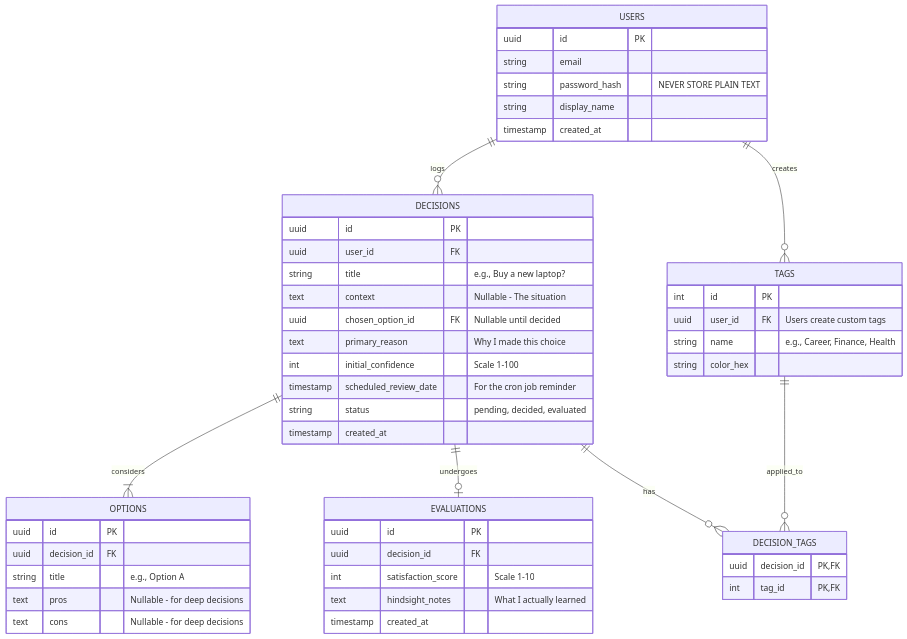
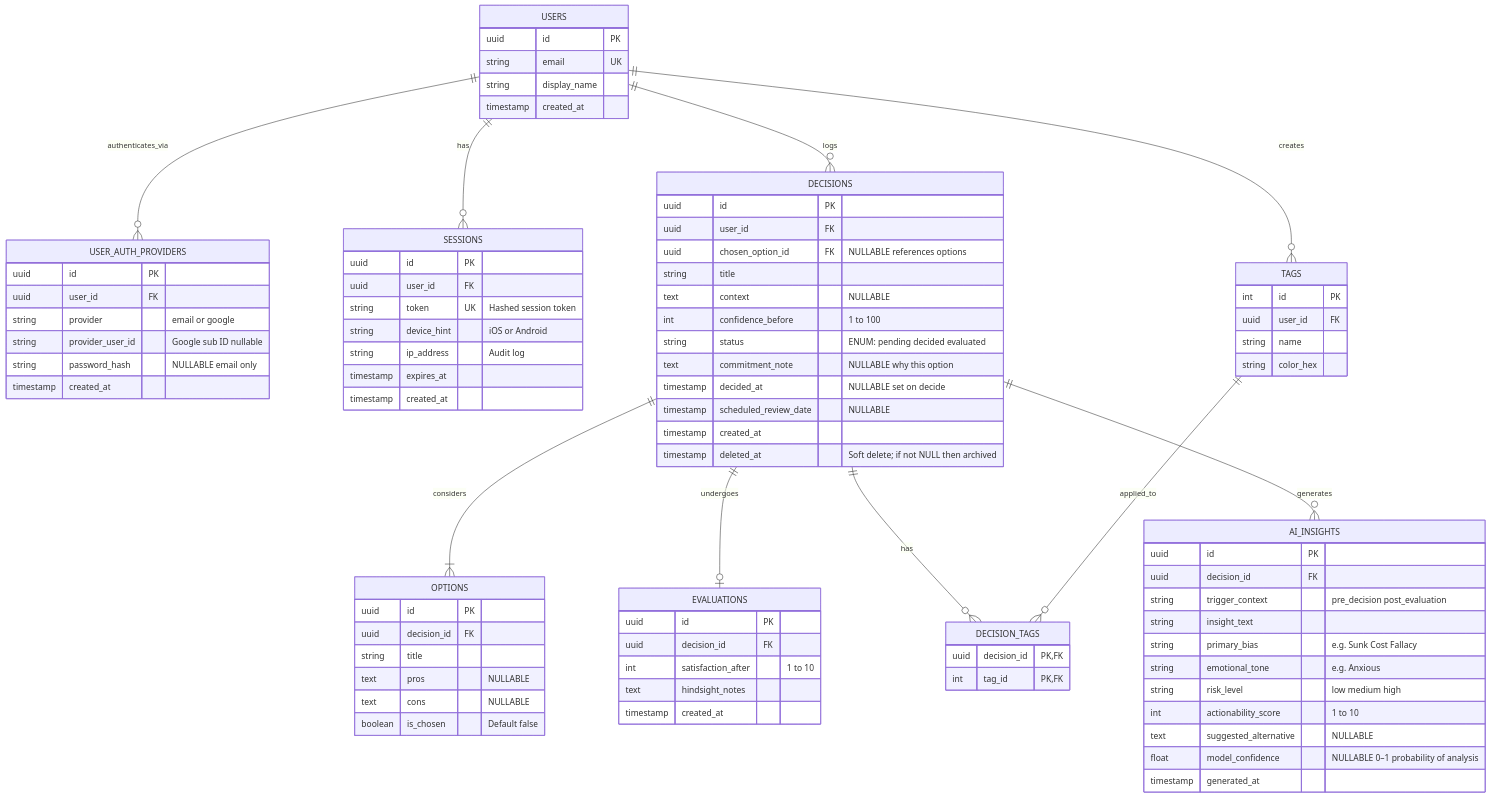
Before and after one commit to HInsight-app/docs: the diagram in design/database/schema.md, drawn with Mermaid.

Commit message:
docs: create entity relationship diagram

````diff
--- a/design/database/schema.md
+++ b/design/database/schema.md
@@ -1,58 +1,105 @@
 ```mermaid
-erDiagram
-    USERS ||--o{ DECISIONS : logs
-    USERS ||--o{ TAGS : creates
-    DECISIONS ||--|{ OPTIONS : considers
-    DECISIONS ||--o| EVALUATIONS : undergoes
-    DECISIONS ||--o{ DECISION_TAGS : has
-    TAGS ||--o{ DECISION_TAGS : applied_to
+    erDiagram
+        USERS ||--o{ USER_AUTH_PROVIDERS : authenticates_via
+        USERS ||--o{ SESSIONS : has
+        USERS ||--o{ DECISIONS : logs
+        USERS ||--o{ TAGS : creates
+        DECISIONS ||--|{ OPTIONS : considers
+        DECISIONS ||--o| EVALUATIONS : undergoes
+        DECISIONS ||--o{ DECISION_TAGS : has
+        DECISIONS ||--o{ AI_INSIGHTS : generates
+        TAGS ||--o{ DECISION_TAGS : applied_to
 
-    USERS {
-        uuid id PK
-        string email
-        string password_hash "NEVER STORE PLAIN TEXT"
-        string display_name
-        timestamp created_at
-    }
-    
-    TAGS {
-        int id PK
-        uuid user_id FK "Users create custom tags"
-        string name "e.g., Career, Finance, Health"
-        string color_hex 
-    }
+        USERS {
+            uuid id PK
+            string email UK
+            string display_name
+            timestamp created_at
+        }
 
-    DECISION_TAGS {
-        uuid decision_id PK, FK
-        int tag_id PK, FK
-    }
+        USER_AUTH_PROVIDERS {
+            uuid id PK
+            uuid user_id FK
+            string provider "email or google"
+            string provider_user_id "Google sub ID nullable"
+            string password_hash "NULLABLE email only"
+            timestamp created_at
+        }
 
-    DECISIONS {
-        uuid id PK
-        uuid user_id FK
-        string title "e.g., Buy a new laptop?"
-        text context "Nullable - The situation"
-        uuid chosen_option_id FK "Nullable until decided"
-        text primary_reason "Why I made this choice"
-        int initial_confidence "Scale 1-100"
-        timestamp scheduled_review_date "For the cron job reminder"
-        string status "pending, decided, evaluated"
-        timestamp created_at
-    }
-    
-    OPTIONS {
-        uuid id PK
-        uuid decision_id FK
-        string title "e.g., Option A"
-        text pros "Nullable - for deep decisions"
-        text cons "Nullable - for deep decisions"
-    }
-    
-    EVALUATIONS {
-        uuid id PK
-        uuid decision_id FK
-        int satisfaction_score "Scale 1-10"
-        text hindsight_notes "What I actually learned"
-        timestamp created_at
-    }
+        SESSIONS {
+            uuid id PK
+            uuid user_id FK
+            string token UK "Hashed session token"
+            string device_hint "iOS or Android"
+            string ip_address "Audit log"
+            timestamp expires_at
+            timestamp created_at
+        }
+
+        TAGS {
+            int id PK
+            uuid user_id FK
+%%          Each user cannot create duplicate tag names.
+            string name
+            string color_hex
+        }
+
+        DECISION_TAGS {
+            uuid decision_id PK,FK
+            int tag_id PK,FK
+        }
+
+        DECISIONS {
+            uuid id PK
+            uuid user_id FK
+            uuid chosen_option_id FK "NULLABLE references options"
+            string title
+            text context "NULLABLE"
+            int confidence_before "1 to 100"
+            string status "ENUM: pending decided evaluated"
+%%              CHECK (status IN ('pending', 'decided', 'evaluated'))
+%%              DEFAULT 'pending'
+            text commitment_note "NULLABLE why this option"
+            timestamp decided_at "NULLABLE set on decide"
+            timestamp scheduled_review_date "NULLABLE"
+            timestamp created_at
+            timestamp deleted_at "Soft delete; if not NULL then archived"
+        }
+
+        OPTIONS {
+            uuid id PK
+            uuid decision_id FK
+            string title
+            text pros "NULLABLE"
+            text cons "NULLABLE"
+            boolean is_chosen "Default false"
+        }
+
+        EVALUATIONS {
+            uuid id PK
+            uuid decision_id FK
+            int satisfaction_after "1 to 10"
+            text hindsight_notes
+            timestamp created_at
+        }
+
+        AI_INSIGHTS {
+            uuid id PK
+            uuid decision_id FK
+            string trigger_context "pre_decision post_evaluation"
+            string insight_text
+            string primary_bias "e.g. Sunk Cost Fallacy"
+            string emotional_tone "e.g. Anxious"
+%%             ENUM:
+%%              anxious
+%%              confident
+%%              neutral
+%%              uncertain
+%%              regretful
+            string risk_level "low medium high"
+            int actionability_score "1 to 10"
+            text suggested_alternative "NULLABLE"
+            float model_confidence "NULLABLE 0–1 probability of analysis"
+            timestamp generated_at
+        }
 ```
````
